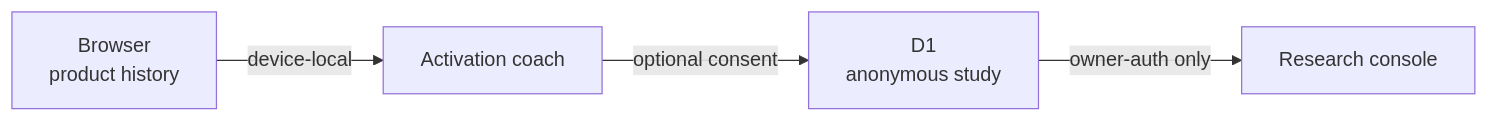
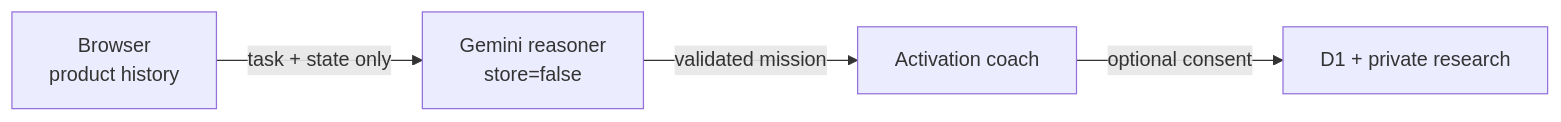
One commit to Cyberchopin/startnow-2 changed the second of 2 diagrams in README.md. Above: the diagram before and after it, drawn with Mermaid. The commit also changed other lines of this file and 8 other files, not shown here.

Commit message:
Add Gemini mission reasoning with safe fallback

````diff
--- a/README.md
+++ b/README.md
@@ -98,6 +99,6 @@
 ```mermaid
 flowchart LR
-  A["Browser\nproduct history"] -->|"device-local"| B["Activation coach"]
-  B -->|"optional consent"| C["D1\nanonymous study"]
-  C -->|"owner-auth only"| D["Research console"]
+  A["Browser\nproduct history"] -->|"task + state only"| B["Gemini reasoner\nstore=false"]
+  B -->|"validated mission"| C["Activation coach"]
+  C -->|"optional consent"| D["D1 + private research"]
 ```
````
